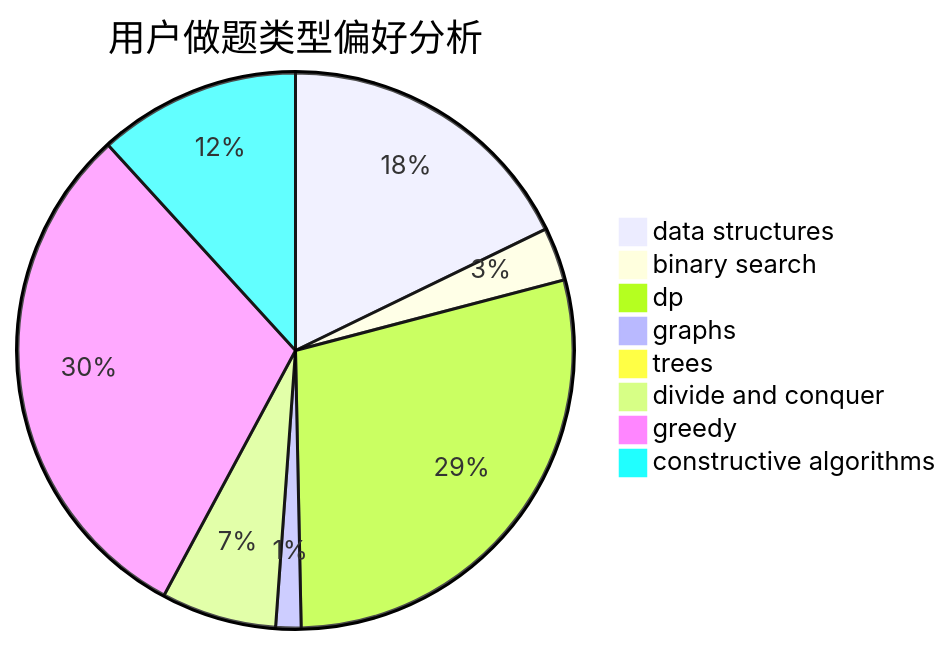
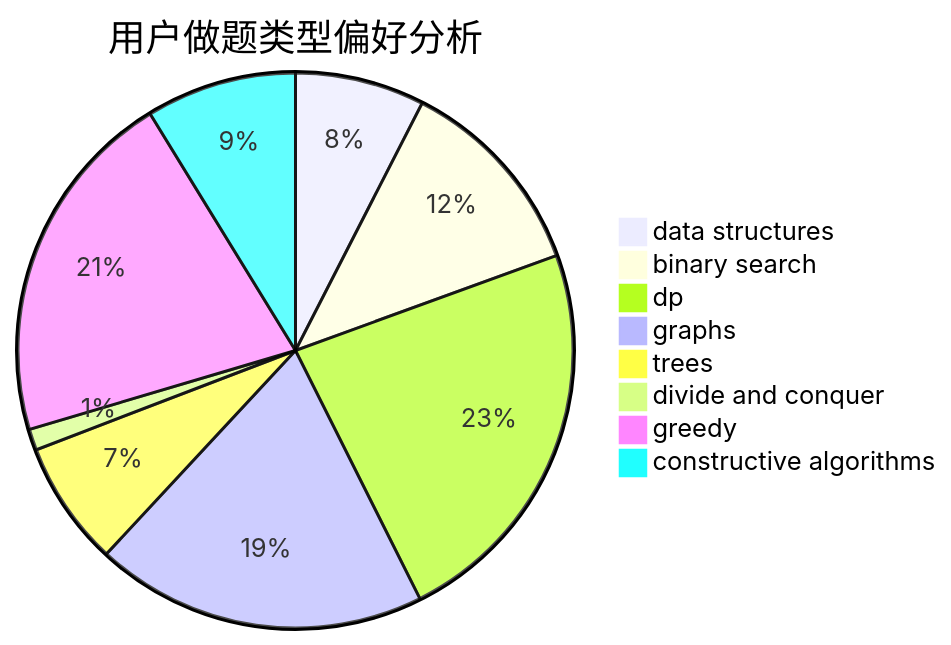
One commit to sherpahu/cfrs.github.io changed the second of 3 diagrams in docs/user/u1075.md. Above: the diagram before and after it, drawn with Mermaid. The commit also changed other lines of this file and 2770 other files, not shown here.

````diff
--- a/docs/user/u1075.md
+++ b/docs/user/u1075.md
@@ -23,11 +23,11 @@
 ```mermaid
 pie title 用户做题类型偏好分析
-    "data structures" :  109
-    "binary search" :  19
-    "dp" :  176
-    "graphs" :  9
-    "trees" :  3
-    "divide and conquer" :  41
-    "greedy" :  186
-    "constructive algorithms" :  72
+    "data structures" :  55
+    "binary search" :  87
+    "dp" :  169
+    "graphs" :  141
+    "trees" :  53
+    "divide and conquer" :  9
+    "greedy" :  152
+    "constructive algorithms" :  64
 ```
````
